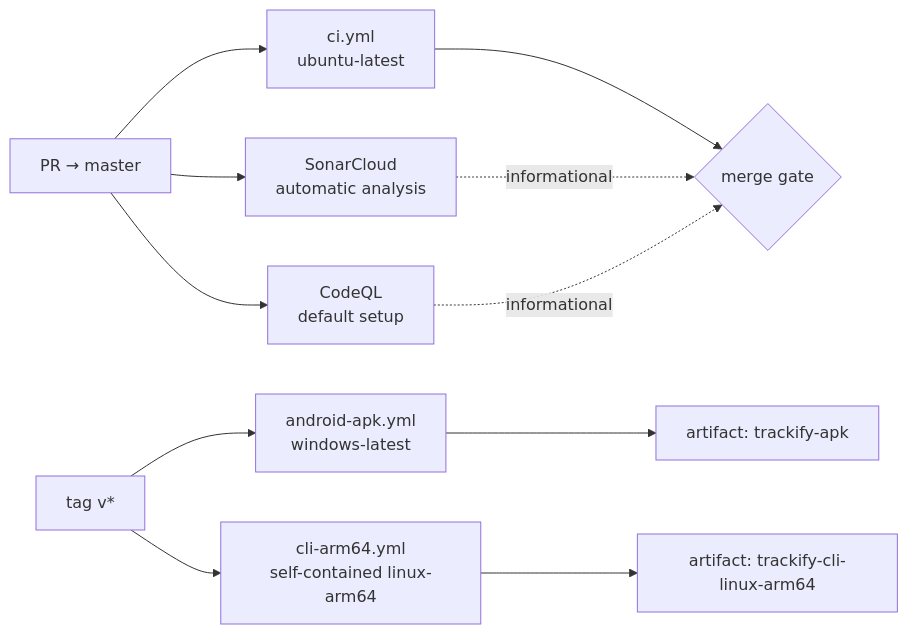
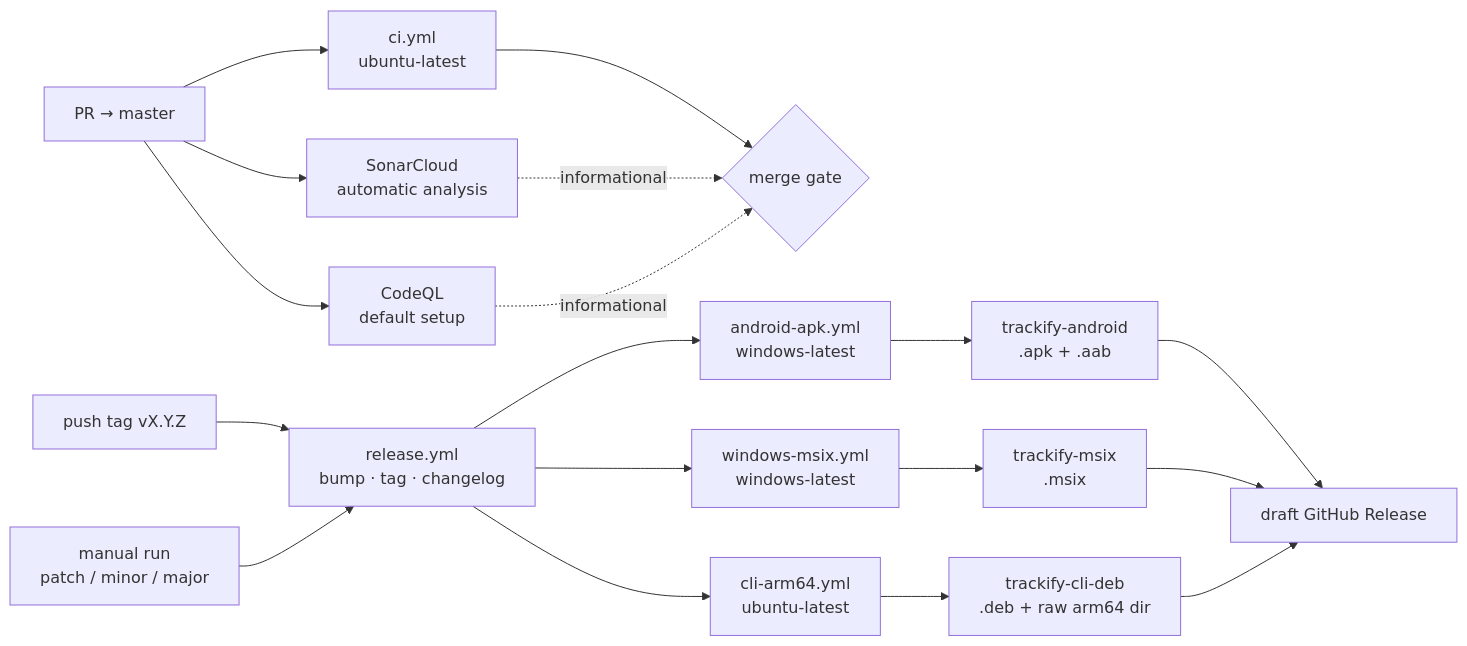
The second of 2 diagrams in docs/arc42/07-deployment-view.md (Ktechen/Trackify), drawn with Mermaid before and after one commit. The commit also changed other lines of this file and 19 other files, not shown here.

First line of the commit message:
Release a version tag as three installable artifacts

````diff
--- a/docs/arc42/07-deployment-view.md
+++ b/docs/arc42/07-deployment-view.md
@@ -182,14 +189,23 @@
 ```mermaid
 graph LR
     PR["PR → master"] --> CI["ci.yml<br/>ubuntu-latest"]
     PR --> SON["SonarCloud<br/>automatic analysis"]
     PR --> CQL["CodeQL<br/>default setup"]
-    TAG["tag v*"] --> APK["android-apk.yml<br/>windows-latest"]
-    TAG --> ARM["cli-arm64.yml<br/>self-contained linux-arm64"]
 
     CI --> G{"merge gate"}
     SON -.->|"informational"| G
     CQL -.->|"informational"| G
-    APK --> ART1["artifact: trackify-apk"]
-    ARM --> ART2["artifact: trackify-cli-linux-arm64"]
+
+    TAG["push tag vX.Y.Z"] --> REL
+    MAN["manual run<br/>patch / minor / major"] --> REL
+    REL["release.yml<br/>bump · tag · changelog"]
+    REL --> APK["android-apk.yml<br/>windows-latest"]
+    REL --> MSX["windows-msix.yml<br/>windows-latest"]
+    REL --> ARM["cli-arm64.yml<br/>ubuntu-latest"]
+    APK --> A1["trackify-android<br/>.apk + .aab"]
+    MSX --> A2["trackify-msix<br/>.msix"]
+    ARM --> A3["trackify-cli-deb<br/>.deb + raw arm64 dir"]
+    A1 --> DR["draft GitHub Release"]
+    A2 --> DR
+    A3 --> DR
 ```
````
